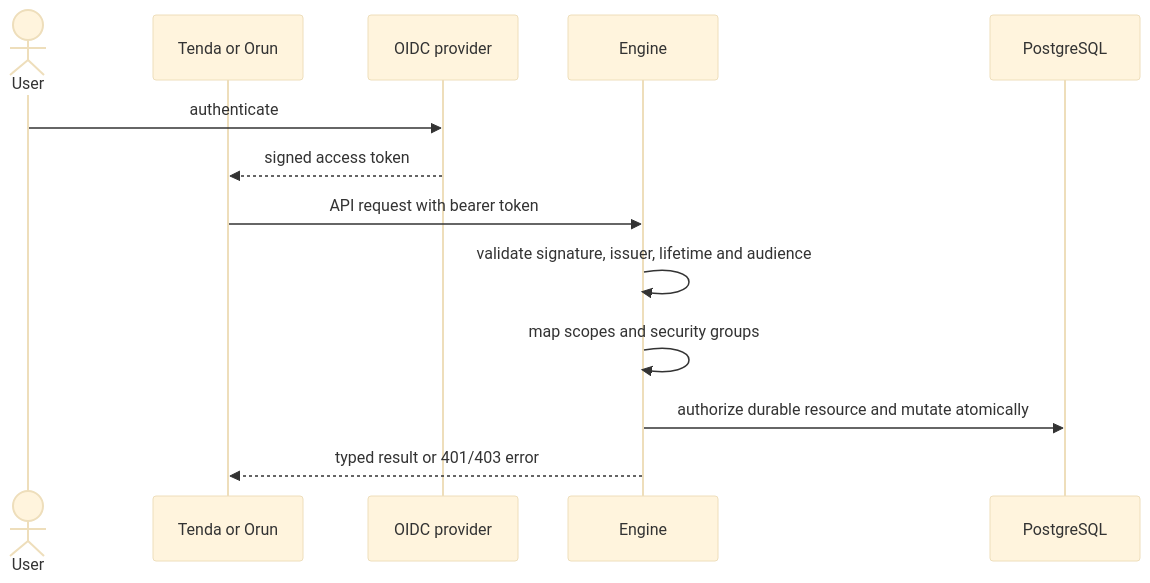
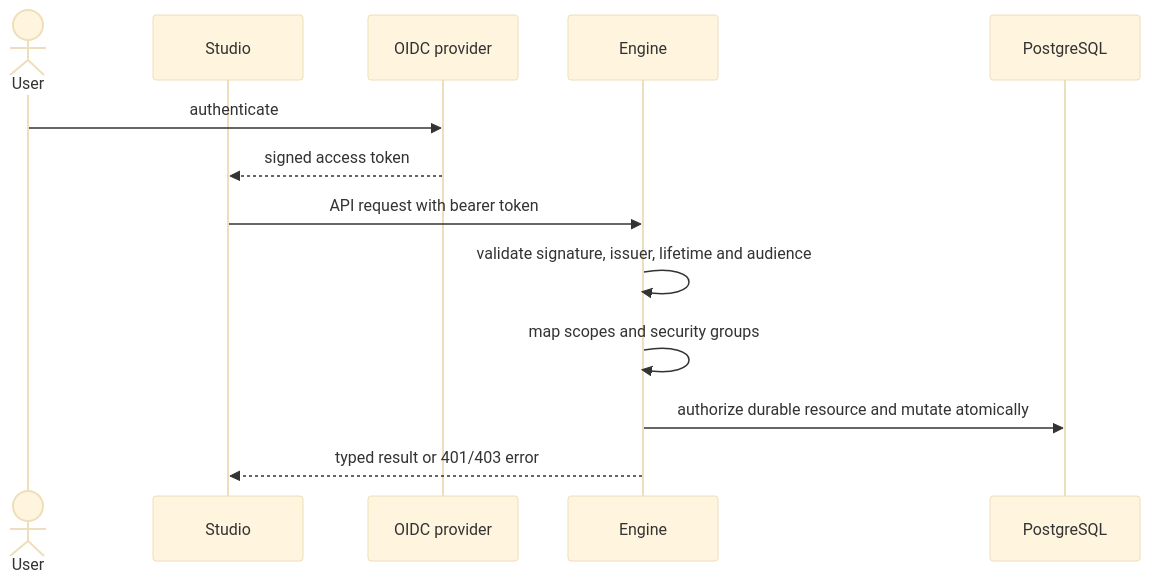
One commit to bashizip/abada-platform changed the diagram in documentation/src/content/docs/architecture/security.mdx. Above: the diagram before and after it, drawn with Mermaid (base theme). The commit also changed 48 other files, not shown here.

First line of the commit message:
feat(platform): consolidate UI to Studio-only, remove Tenda/Orun from all deployment paths

````diff
--- a/documentation/src/content/docs/architecture/security.mdx
+++ b/documentation/src/content/docs/architecture/security.mdx
@@ -12,16 +12,16 @@
 ```mermaid
 sequenceDiagram
     actor User
-    participant UI as Tenda or Orun
+    participant UI as Studio
     participant IdP as OIDC provider
     participant Engine
     participant DB as PostgreSQL
 
     User->>IdP: authenticate
     IdP-->>UI: signed access token
     UI->>Engine: API request with bearer token
     Engine->>Engine: validate signature, issuer, lifetime and audience
     Engine->>Engine: map scopes and security groups
     Engine->>DB: authorize durable resource and mutate atomically
     Engine-->>UI: typed result or 401/403 error
 ```
````
